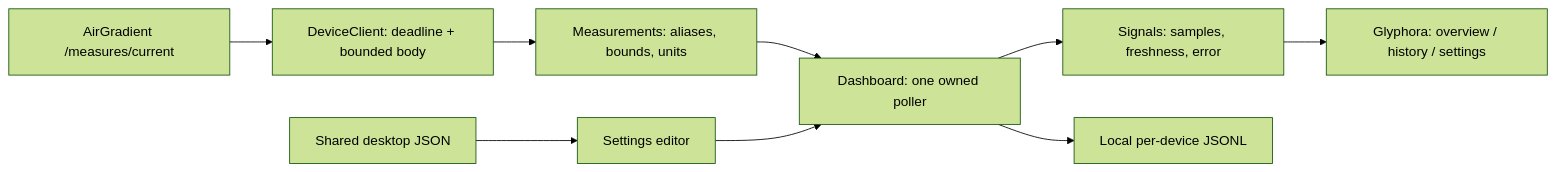
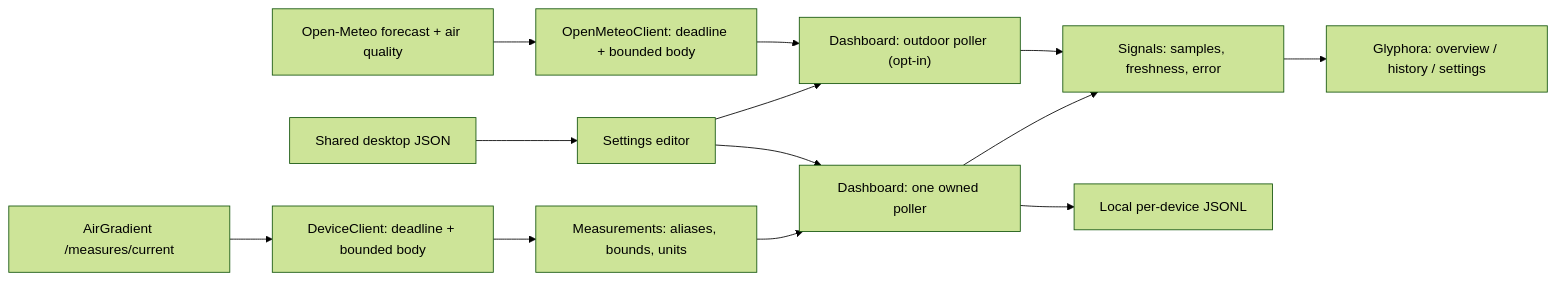
Before and after one commit to worxbend/airgradient-tui-scala: the diagram in docs/architecture.md, drawn with Mermaid (forest theme). The commit also changed other lines of this file and 79 other files, not shown here.

First line of the commit message:
feat: add outdoor weather, forecast, comfort, and summary pages

````diff
--- a/docs/architecture.md
+++ b/docs/architecture.md
@@ -6,11 +6,15 @@
 ```mermaid
 flowchart LR
     Device["AirGradient /measures/current"] --> HTTP["DeviceClient: deadline + bounded body"]
     HTTP --> Parser["Measurements: aliases, bounds, units"]
     Parser --> Poller["Dashboard: one owned poller"]
     Poller --> Signals["Signals: samples, freshness, error"]
     Signals --> View["Glyphora: overview / history / settings"]
     Poller --> History["Local per-device JSONL"]
     Config["Shared desktop JSON"] --> Settings["Settings editor"]
     Settings --> Poller
+    Settings --> OutdoorPoller["Dashboard: outdoor poller (opt-in)"]
+    OpenMeteo["Open-Meteo forecast + air quality"] --> OutdoorClient["OpenMeteoClient: deadline + bounded body"]
+    OutdoorClient --> OutdoorPoller
+    OutdoorPoller --> Signals
 ```
````
